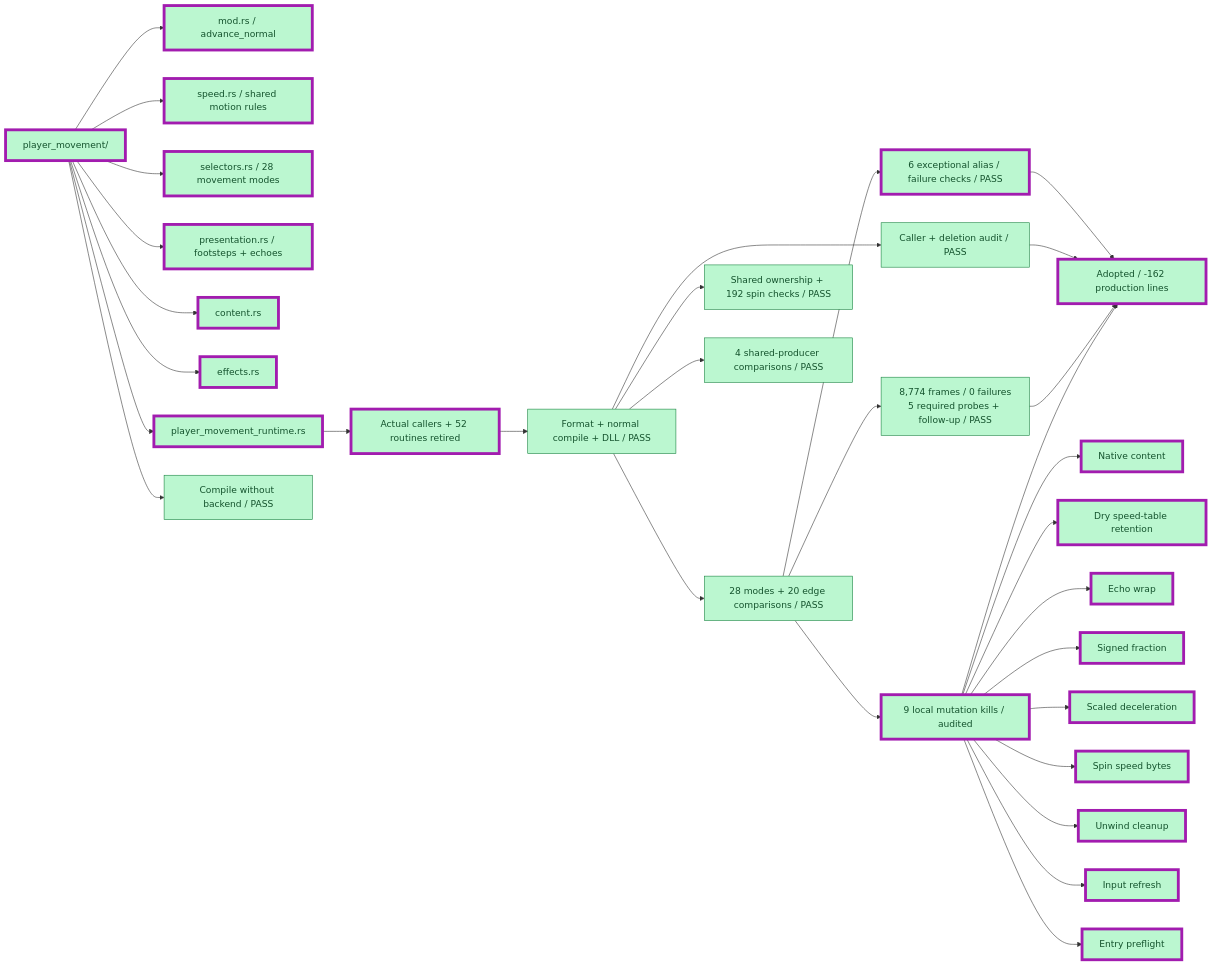
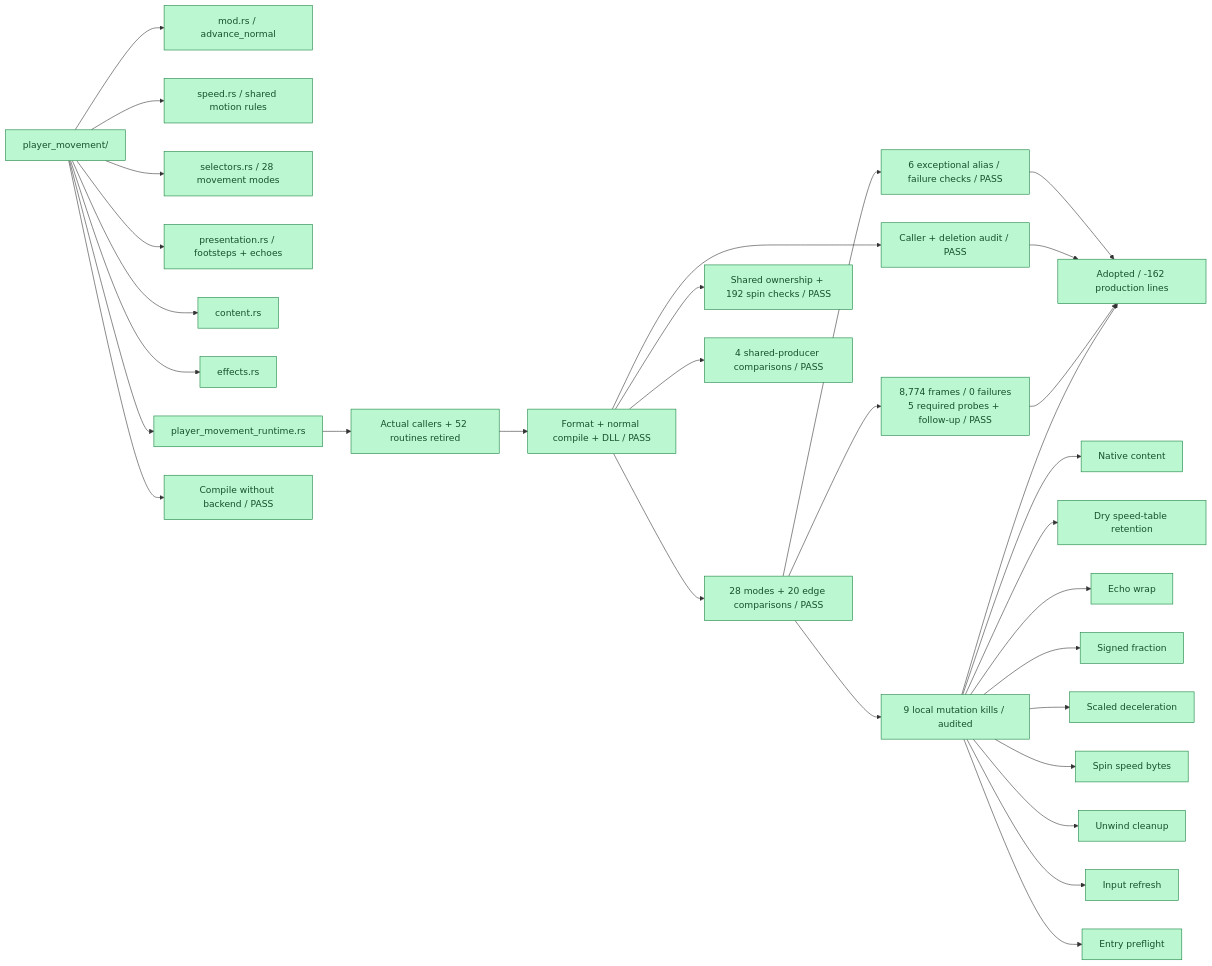
One commit to JimLundin/sm-decomp changed the third of 27 diagrams in PROGRESS.md. Above: the diagram before and after it, drawn with Mermaid. The commit also changed other lines of this file and 1 other file, not shown here.

````diff
--- a/PROGRESS.md
+++ b/PROGRESS.md
@@ -26,40 +65,39 @@
 ```mermaid
 flowchart LR
     MOVE["player_movement/"]:::done
     MOVE --> API["mod.rs / advance_normal"]:::done
     MOVE --> SPEED["speed.rs / shared motion rules"]:::done
     MOVE --> MODES["selectors.rs / 28 movement modes"]:::done
     MOVE --> FX["presentation.rs / footsteps + echoes"]:::done
     MOVE --> DATA["content.rs"]:::done
     MOVE --> EFFECT["effects.rs"]:::done
     MOVE --> HOST["player_movement_runtime.rs"]:::done
     HOST --> CALL["Actual callers + 52 routines retired"]:::done
     CALL --> BUILD["Format + normal compile + DLL / PASS"]:::done
     BUILD --> MODES28["28 modes + 20 edge comparisons / PASS"]:::done
     BUILD --> OWN["Shared ownership + 192 spin checks / PASS"]:::done
     BUILD --> SHARED["4 shared-producer comparisons / PASS"]:::done
     MOVE --> DETACHED["Compile without backend / PASS"]:::done
     MODES28 --> EDGE["6 exceptional alias / failure checks / PASS"]:::done
     BUILD --> AUDIT["Caller + deletion audit / PASS"]:::done
     MODES28 --> REPLAY["8,774 frames / 0 failures<br/>5 required probes + follow-up / PASS"]:::done
     MODES28 --> MUT["9 local mutation kills / audited"]:::done
     MUT --> M1["Native content"]:::done
     MUT --> M2["Dry speed-table retention"]:::done
     MUT --> M3["Echo wrap"]:::done
     MUT --> M4["Signed fraction"]:::done
     MUT --> M5["Scaled deceleration"]:::done
     MUT --> M6["Spin speed bytes"]:::done
     MUT --> M7["Unwind cleanup"]:::done
     MUT --> M8["Input refresh"]:::done
     MUT --> M9["Entry preflight"]:::done
     EDGE --> ADOPT["Adopted / -162 production lines"]:::done
     AUDIT --> ADOPT
     REPLAY --> ADOPT
     MUT --> ADOPT
-    class MOVE,API,SPEED,MODES,FX,DATA,EFFECT,HOST,CALL,EDGE,MUT,M1,M2,M3,M4,M5,M6,M7,M8,M9,ADOPT changed
     classDef done fill:#bbf7d0,stroke:#15803d,color:#14532d
     classDef draft fill:#bfdbfe,stroke:#2563eb,color:#1e3a8a
     classDef active fill:#fed7aa,stroke:#ea580c,color:#7c2d12
     classDef pending fill:#f1f5f9,stroke:#94a3b8,color:#475569,stroke-dasharray:5 5
     classDef changed stroke:#a21caf,stroke-width:5px
 ```
````
